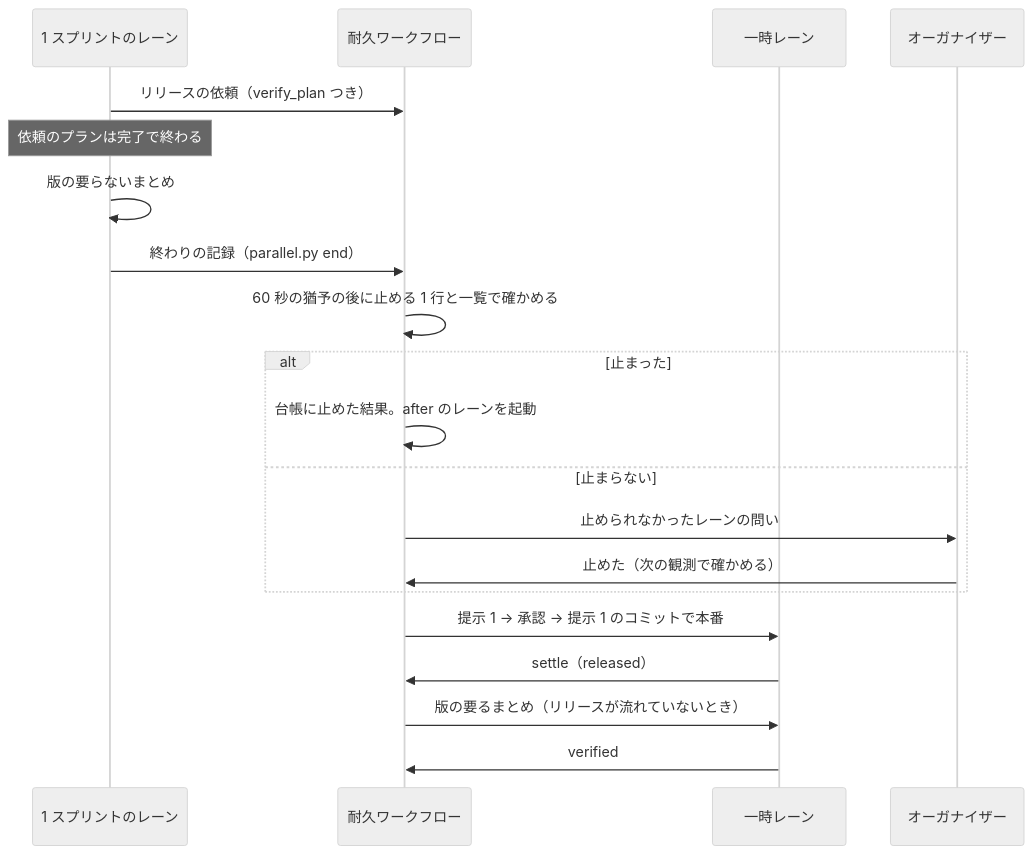
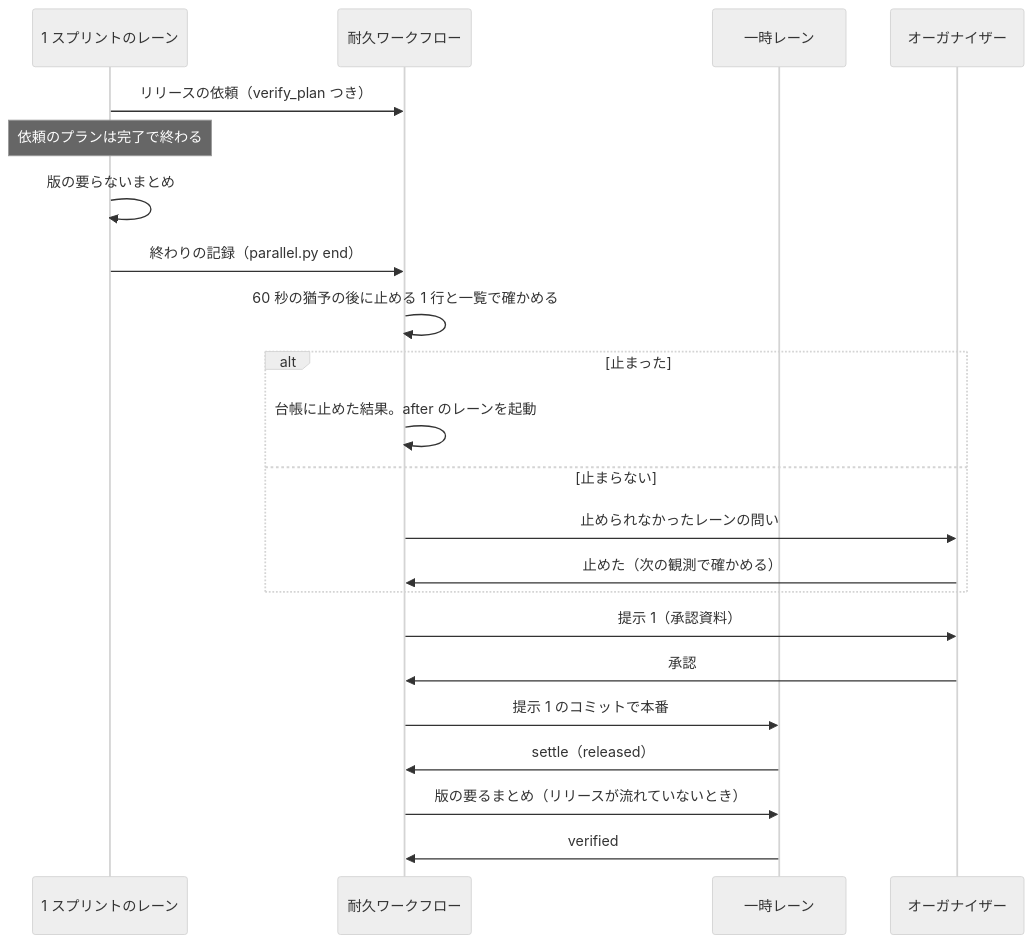
The third of 5 diagrams in issues/issue-3058-design.md (devbasex/ai-plugins), drawn with Mermaid (neutral theme) before and after one commit. The commit also changed other lines of this file, not shown here.

````diff
--- a/issues/issue-3058-design.md
+++ b/issues/issue-3058-design.md
@@ -293,22 +293,24 @@
 ```mermaid
 sequenceDiagram
     participant L as 1 スプリントのレーン
     participant W as 耐久ワークフロー
     participant H as 一時レーン
     participant O as オーガナイザー
     L->>W: リリースの依頼（verify_plan つき）
     Note over L: 依頼のプランは完了で終わる
     L->>L: 版の要らないまとめ
     L->>W: 終わりの記録（parallel.py end）
     W->>W: 60 秒の猶予の後に止める 1 行と一覧で確かめる
     alt 止まった
         W->>W: 台帳に止めた結果。after のレーンを起動
     else 止まらない
         W->>O: 止められなかったレーンの問い
         O->>W: 止めた（次の観測で確かめる）
     end
-    W->>H: 提示 1 → 承認 → 提示 1 のコミットで本番
+    W->>O: 提示 1（承認資料）
+    O->>W: 承認
+    W->>H: 提示 1 のコミットで本番
     H->>W: settle（released）
     W->>H: 版の要るまとめ（リリースが流れていないとき）
     H->>W: verified
 ```
````
